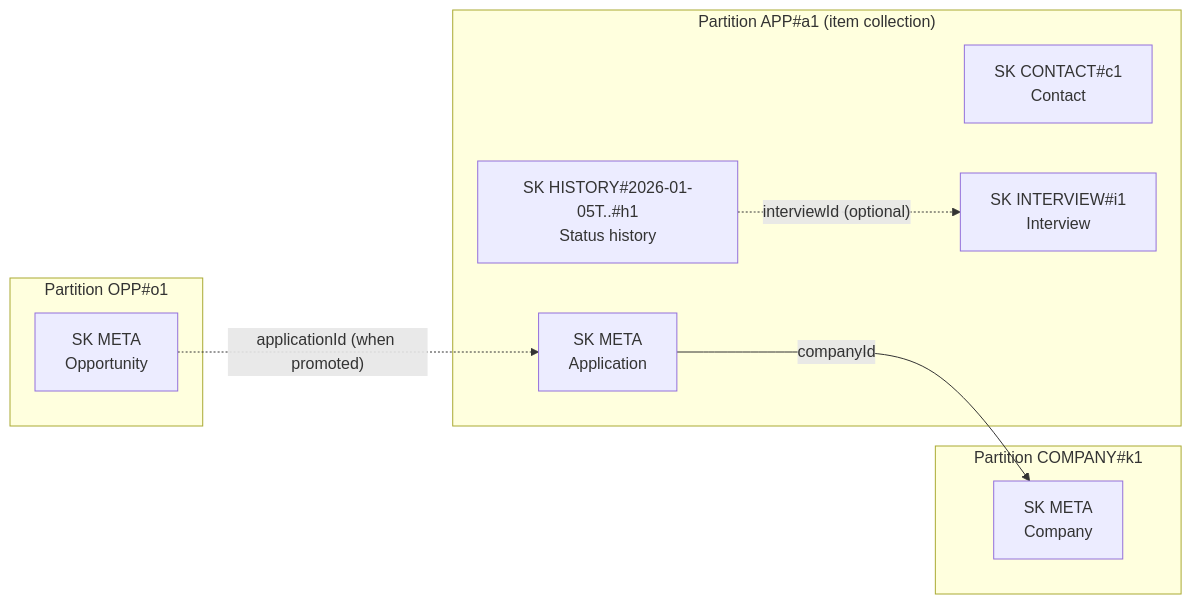
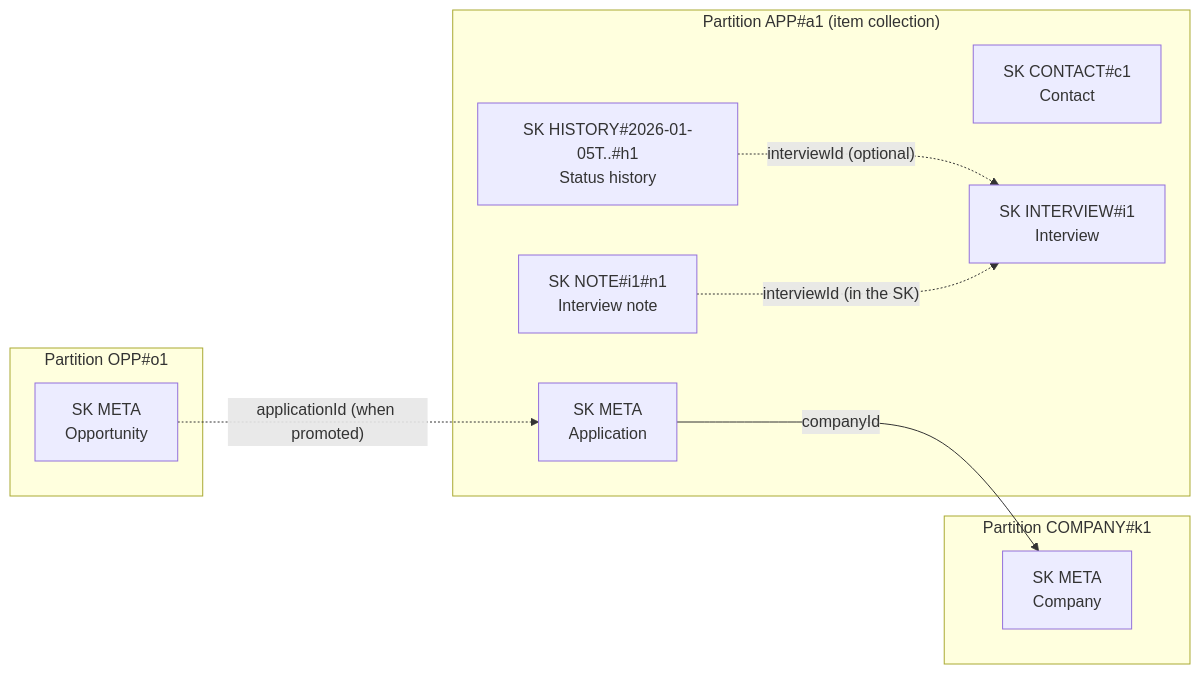
Before and after one commit to shayyzhakov/job-tracker: the second of 2 diagrams in docs/DATA-MODEL.md, drawn with Mermaid. The commit also changed other lines of this file and 43 other files, not shown here.

````diff
--- a/docs/DATA-MODEL.md
+++ b/docs/DATA-MODEL.md
@@ -195,18 +206,20 @@
 ```mermaid
 flowchart LR
     subgraph P1["Partition APP#a1 (item collection)"]
         A["SK META<br/>Application"]
         C1["SK CONTACT#c1<br/>Contact"]
         I1["SK INTERVIEW#i1<br/>Interview"]
+        N1["SK NOTE#i1#n1<br/>Interview note"]
         H1["SK HISTORY#2026-01-05T..#h1<br/>Status history"]
     end
     subgraph P2["Partition COMPANY#k1"]
         K["SK META<br/>Company"]
     end
     subgraph P3["Partition OPP#o1"]
         O["SK META<br/>Opportunity"]
     end
     A -- "companyId" --> K
     O -. "applicationId (when promoted)" .-> A
     H1 -. "interviewId (optional)" .-> I1
+    N1 -. "interviewId (in the SK)" .-> I1
 ```
````
